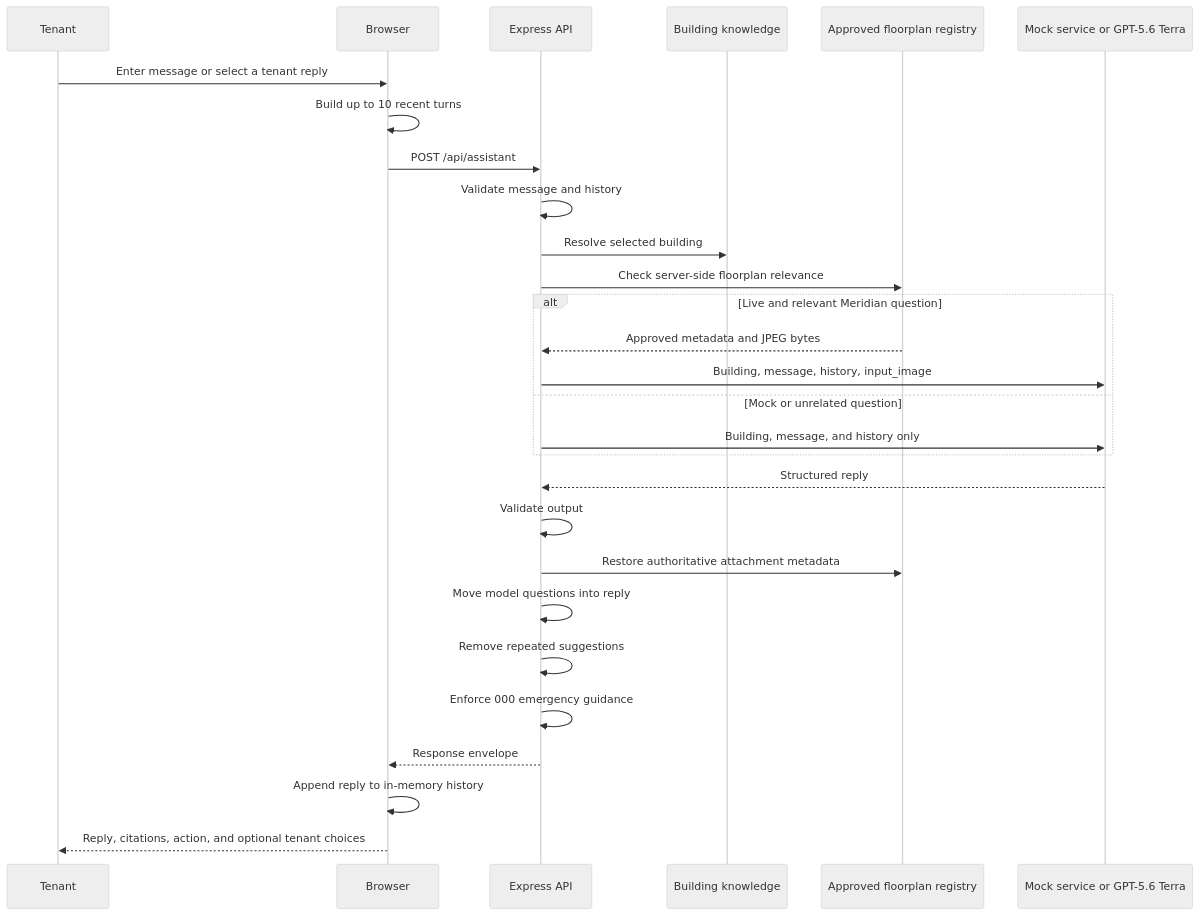
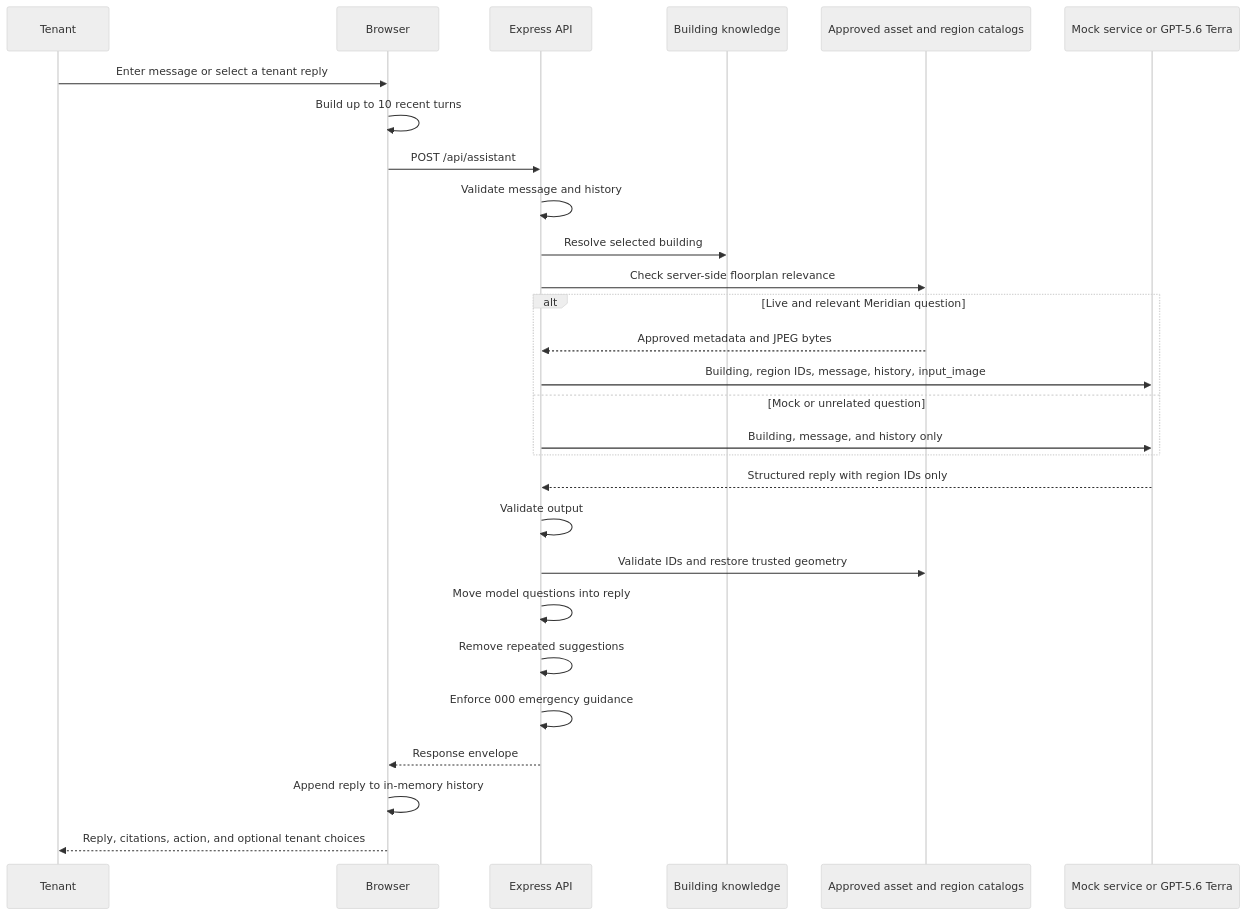
Before and after one commit to samsonlee0907/agency-ai-demo-prototype: the diagram in docs/scenarios/06-tenant-virtual-assistant.md, drawn with Mermaid (neutral theme). The commit also changed other lines of this file and 11 other files, not shown here.

````diff
--- a/docs/scenarios/06-tenant-virtual-assistant.md
+++ b/docs/scenarios/06-tenant-virtual-assistant.md
@@ -22,31 +23,31 @@
 ```mermaid
 sequenceDiagram
     participant U as Tenant
     participant B as Browser
     participant A as Express API
     participant D as Building knowledge
-    participant F as Approved floorplan registry
+    participant F as Approved asset and region catalogs
     participant G as Mock service or GPT-5.6 Terra
 
     U->>B: Enter message or select a tenant reply
     B->>B: Build up to 10 recent turns
     B->>A: POST /api/assistant
     A->>A: Validate message and history
     A->>D: Resolve selected building
     A->>F: Check server-side floorplan relevance
     alt Live and relevant Meridian question
         F-->>A: Approved metadata and JPEG bytes
-        A->>G: Building, message, history, input_image
+        A->>G: Building, region IDs, message, history, input_image
     else Mock or unrelated question
         A->>G: Building, message, and history only
     end
-    G-->>A: Structured reply
+    G-->>A: Structured reply with region IDs only
     A->>A: Validate output
-    A->>F: Restore authoritative attachment metadata
+    A->>F: Validate IDs and restore trusted geometry
     A->>A: Move model questions into reply
     A->>A: Remove repeated suggestions
     A->>A: Enforce 000 emergency guidance
     A-->>B: Response envelope
     B->>B: Append reply to in-memory history
     B-->>U: Reply, citations, action, and optional tenant choices
 ```
````
